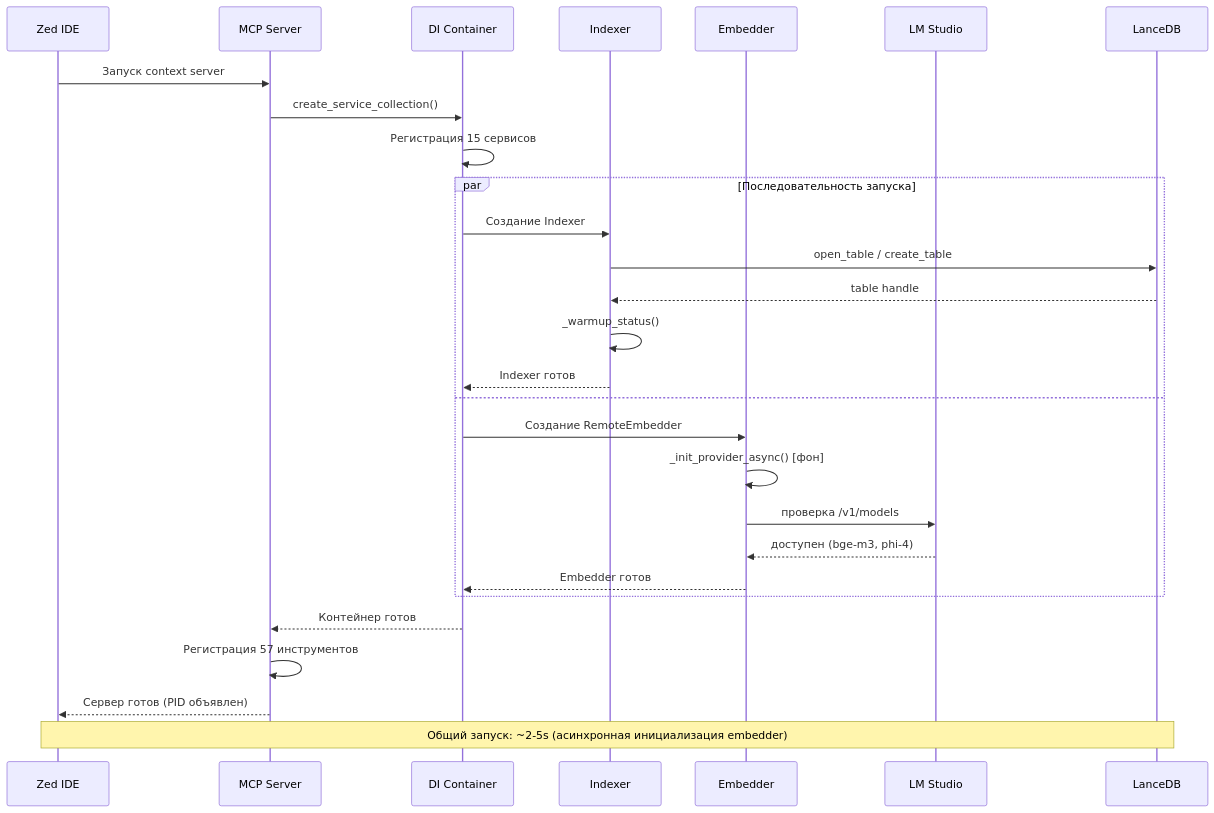
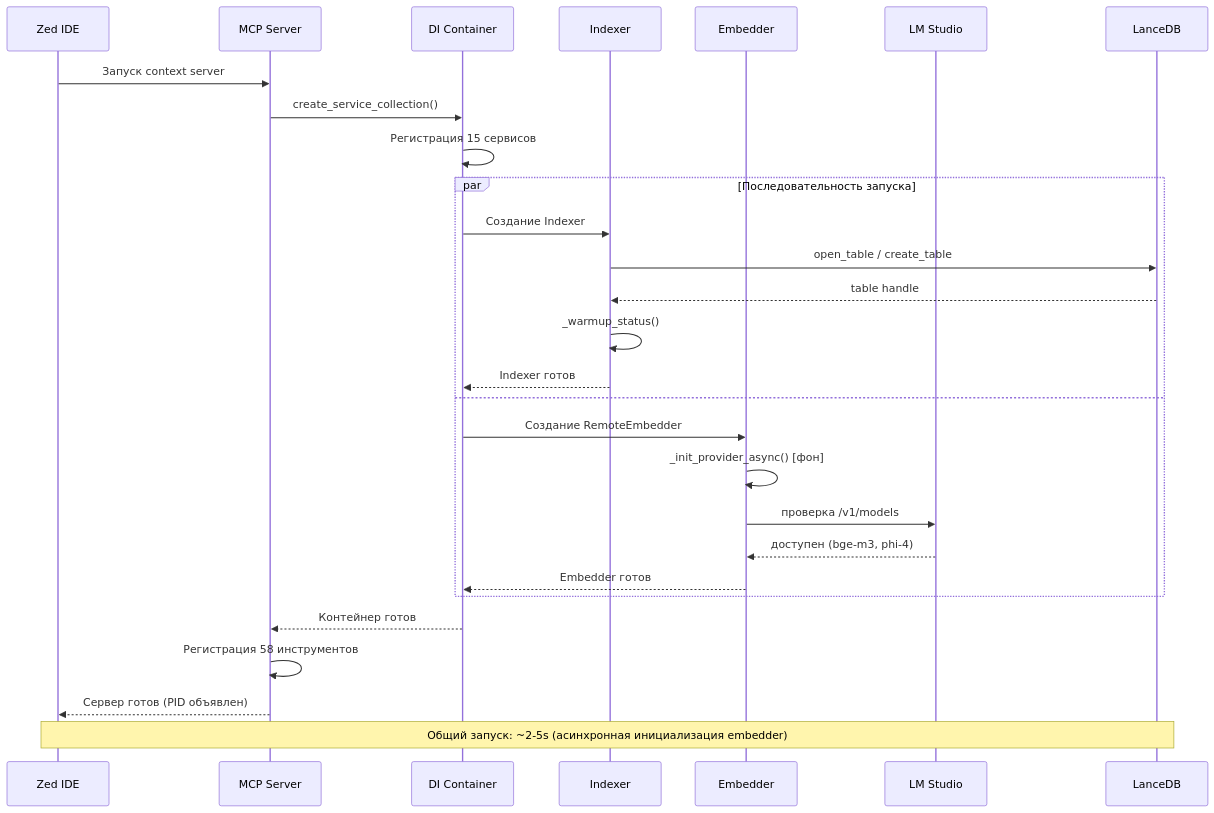
One commit to ManSio/mscodebase-intelligence changed the fifth of 8 diagrams in docs/ru/ARCHITECTURE_DEEP.md. Above: the diagram before and after it, drawn with Mermaid. The commit also changed other lines of this file and 56 other files, not shown here.

````diff
--- a/docs/ru/ARCHITECTURE_DEEP.md
+++ b/docs/ru/ARCHITECTURE_DEEP.md
@@ -179,34 +179,34 @@
 ```mermaid
 sequenceDiagram
     participant Zed as Zed IDE
     participant MCP as MCP Server
     participant DI as DI Container
     participant IX as Indexer
     participant EM as Embedder
     participant LM as LM Studio
     participant DB as LanceDB
 
     Zed->>MCP: Запуск context server
     MCP->>DI: create_service_collection()
     DI->>DI: Регистрация 15 сервисов
     
     par Последовательность запуска
         DI->>IX: Создание Indexer
         IX->>DB: open_table / create_table
         DB-->>IX: table handle
         IX->>IX: _warmup_status()
         IX-->>DI: Indexer готов
     and
         DI->>EM: Создание RemoteEmbedder
         EM->>EM: _init_provider_async() [фон]
         EM->>LM: проверка /v1/models
         LM-->>EM: доступен (bge-m3, phi-4)
         EM-->>DI: Embedder готов
     end
     
     DI-->>MCP: Контейнер готов
-    MCP->>MCP: Регистрация 57 инструментов
+    MCP->>MCP: Регистрация 58 инструментов
     MCP-->>Zed: Сервер готов (PID объявлен)
     
     Note over Zed,DB: Общий запуск: ~2-5s (асинхронная инициализация embedder)
 ```
````
